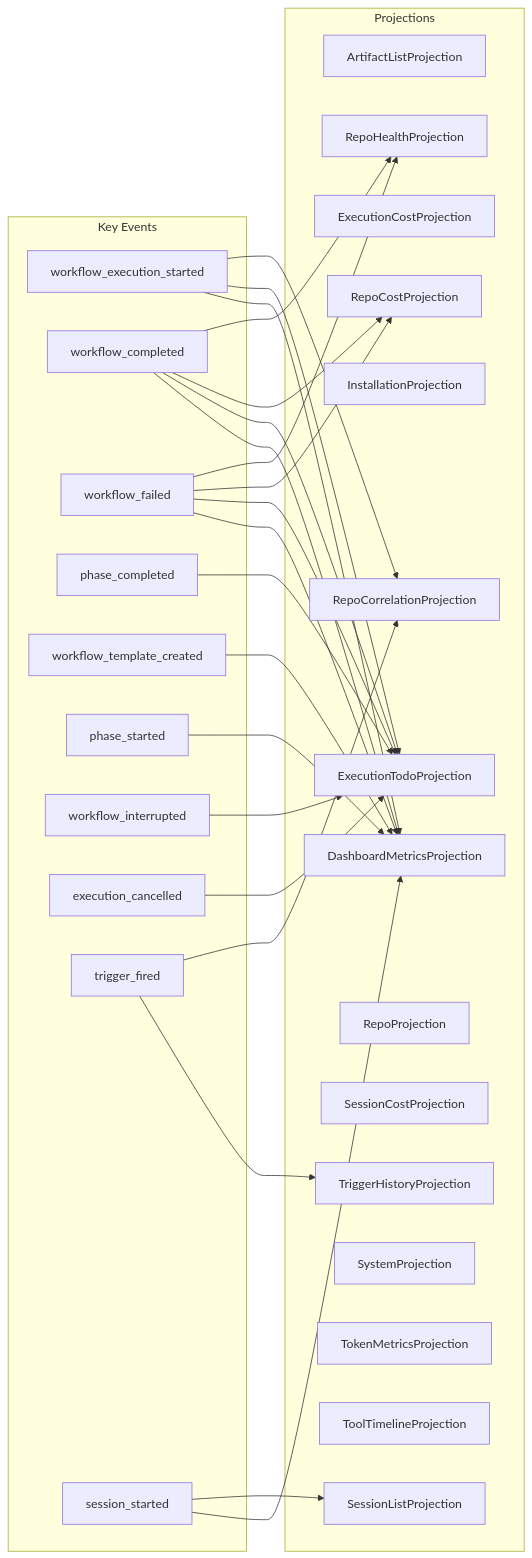
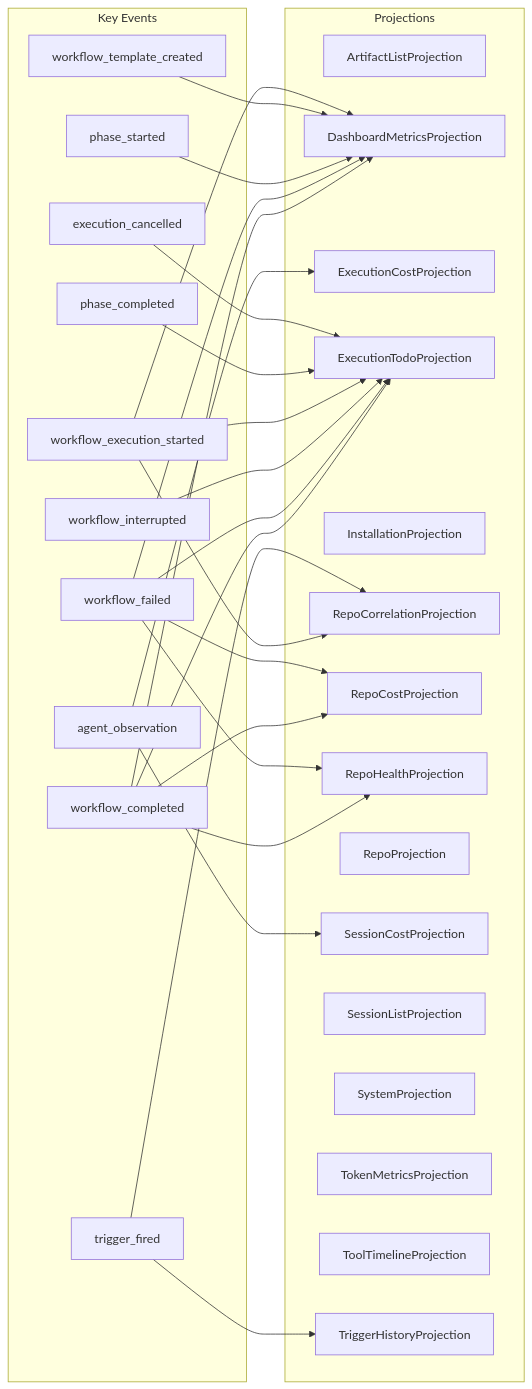
The diagram in docs/architecture/projection-subscriptions.md (syntropic137/syntropic137), drawn with Mermaid before and after one commit. The commit also changed other lines of this file and 32 other files, not shown here.

````diff
--- a/docs/architecture/projection-subscriptions.md
+++ b/docs/architecture/projection-subscriptions.md
@@ -15,54 +15,54 @@
 ```mermaid
 graph LR
     subgraph events["Key Events"]
         e1[workflow_execution_started]
         e2[workflow_completed]
         e3[workflow_failed]
         e4[phase_completed]
-        e5[workflow_template_created]
-        e6[phase_started]
-        e7[workflow_interrupted]
-        e8[execution_cancelled]
-        e9[trigger_fired]
-        e10[session_started]
+        e5[phase_started]
+        e6[workflow_interrupted]
+        e7[workflow_template_created]
+        e8[trigger_fired]
+        e9[execution_cancelled]
+        e10[agent_observation]
     end
 
     subgraph projections["Projections"]
         p1[ArtifactListProjection]
         p2[DashboardMetricsProjection]
         p3[ExecutionCostProjection]
         p4[ExecutionTodoProjection]
         p5[InstallationProjection]
         p6[RepoCorrelationProjection]
         p7[RepoCostProjection]
         p8[RepoHealthProjection]
         p9[RepoProjection]
         p10[SessionCostProjection]
         p11[SessionListProjection]
         p12[SystemProjection]
         p13[TokenMetricsProjection]
         p14[ToolTimelineProjection]
         p15[TriggerHistoryProjection]
     end
 
-    e4 --> p4
-    e5 --> p2
+    e10 --> p10
+    e10 --> p3
     e2 --> p8
     e2 --> p7
     e2 --> p4
     e2 --> p2
-    e6 --> p2
-    e10 --> p11
-    e10 --> p2
-    e7 --> p4
     e3 --> p8
     e3 --> p7
     e3 --> p4
     e3 --> p2
-    e8 --> p4
-    e9 --> p6
-    e9 --> p15
+    e5 --> p2
+    e6 --> p4
+    e7 --> p2
     e1 --> p6
     e1 --> p4
     e1 --> p2
+    e4 --> p4
+    e8 --> p6
+    e8 --> p15
+    e9 --> p4
 ```
````
